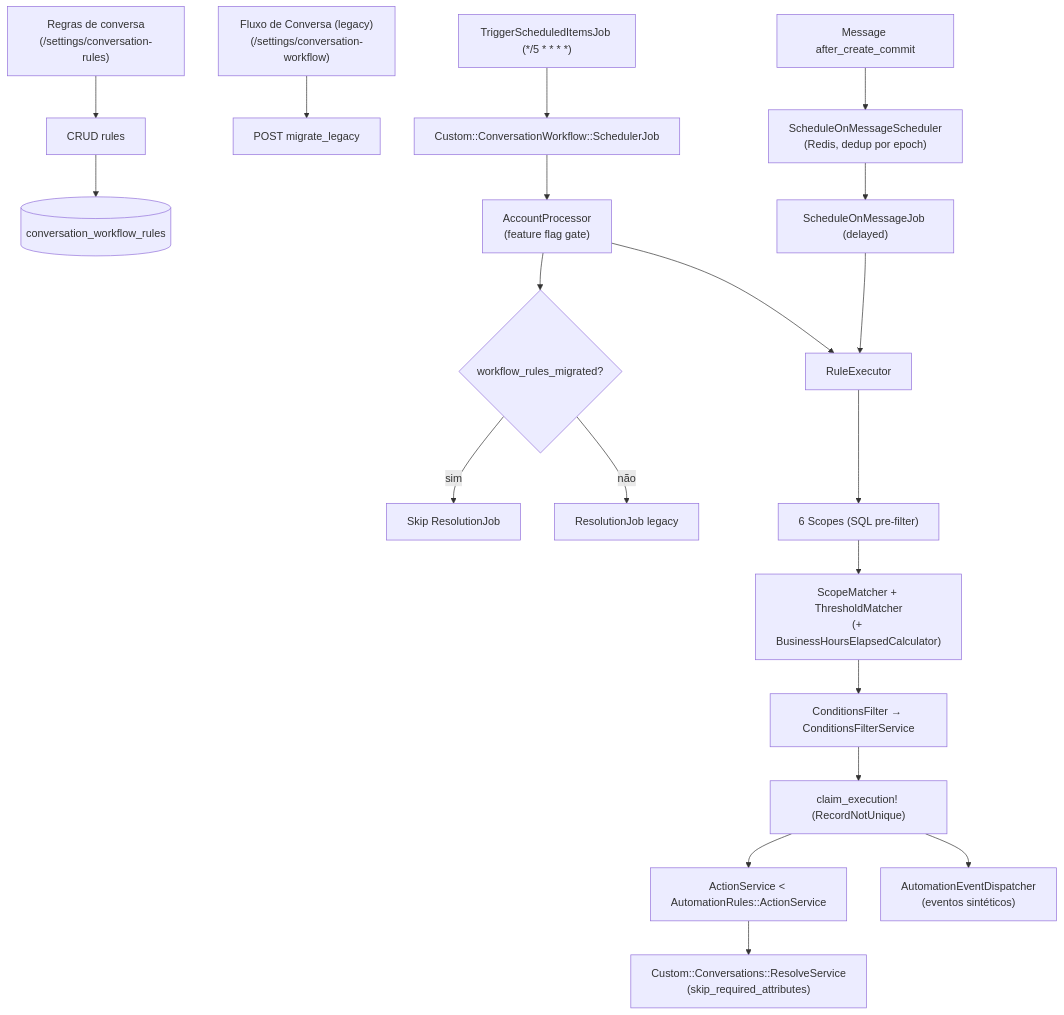
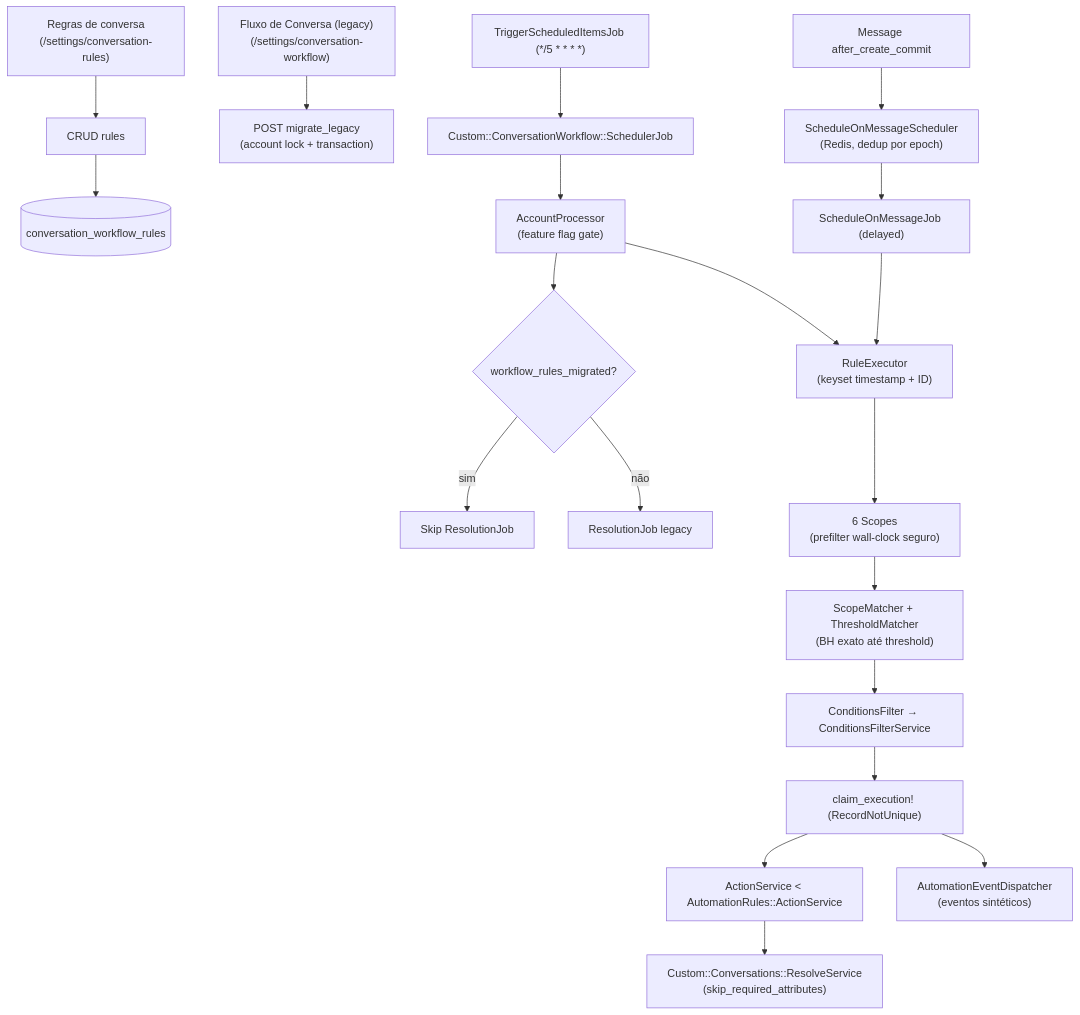
One commit to cesar-carlos/chatwoot changed the diagram in doc/feature/conversation-workflow-rules/implementation-plan.md. Above: the diagram before and after it, drawn with Mermaid. The commit also changed other lines of this file and 5 other files, not shown here.

Commit message:
docs(fork): document conversation workflow hardening

````diff
--- a/doc/feature/conversation-workflow-rules/implementation-plan.md
+++ b/doc/feature/conversation-workflow-rules/implementation-plan.md
@@ -62,22 +63,22 @@
 ```mermaid
 flowchart TB
   UI1["Regras de conversa\n(/settings/conversation-rules)"] --> API["CRUD rules"]
-  UI2["Fluxo de Conversa (legacy)\n(/settings/conversation-workflow)"] --> MIGRATE["POST migrate_legacy"]
+  UI2["Fluxo de Conversa (legacy)\n(/settings/conversation-workflow)"] --> MIGRATE["POST migrate_legacy\n(account lock + transaction)"]
   API --> DB[(conversation_workflow_rules)]
   CRON["TriggerScheduledItemsJob (*/5 * * * *)"] --> SCH["Custom::ConversationWorkflow::SchedulerJob"]
   MSG["Message after_create_commit"] --> SMS["ScheduleOnMessageScheduler\n(Redis, dedup por epoch)"]
   SMS --> SMJOB["ScheduleOnMessageJob (delayed)"]
   SCH --> AP["AccountProcessor\n(feature flag gate)"]
   SMJOB --> EXEC
   AP --> LEGACY{workflow_rules_migrated?}
   LEGACY -->|sim| SKIP[Skip ResolutionJob]
   LEGACY -->|não| OLD[ResolutionJob legacy]
-  AP --> EXEC["RuleExecutor"]
-  EXEC --> SCOPE["6 Scopes (SQL pre-filter)"]
-  SCOPE --> MATCH["ScopeMatcher + ThresholdMatcher\n(+ BusinessHoursElapsedCalculator)"]
+  AP --> EXEC["RuleExecutor\n(keyset timestamp + ID)"]
+  EXEC --> SCOPE["6 Scopes\n(prefilter wall-clock seguro)"]
+  SCOPE --> MATCH["ScopeMatcher + ThresholdMatcher\n(BH exato até threshold)"]
   MATCH --> COND["ConditionsFilter → ConditionsFilterService"]
   COND --> DEDUP["claim_execution! (RecordNotUnique)"]
   DEDUP --> ACT["ActionService < AutomationRules::ActionService"]
   ACT --> RES["Custom::Conversations::ResolveService\n(skip_required_attributes)"]
   DEDUP --> DISP["AutomationEventDispatcher\n(eventos sintéticos)"]
 ```
````
